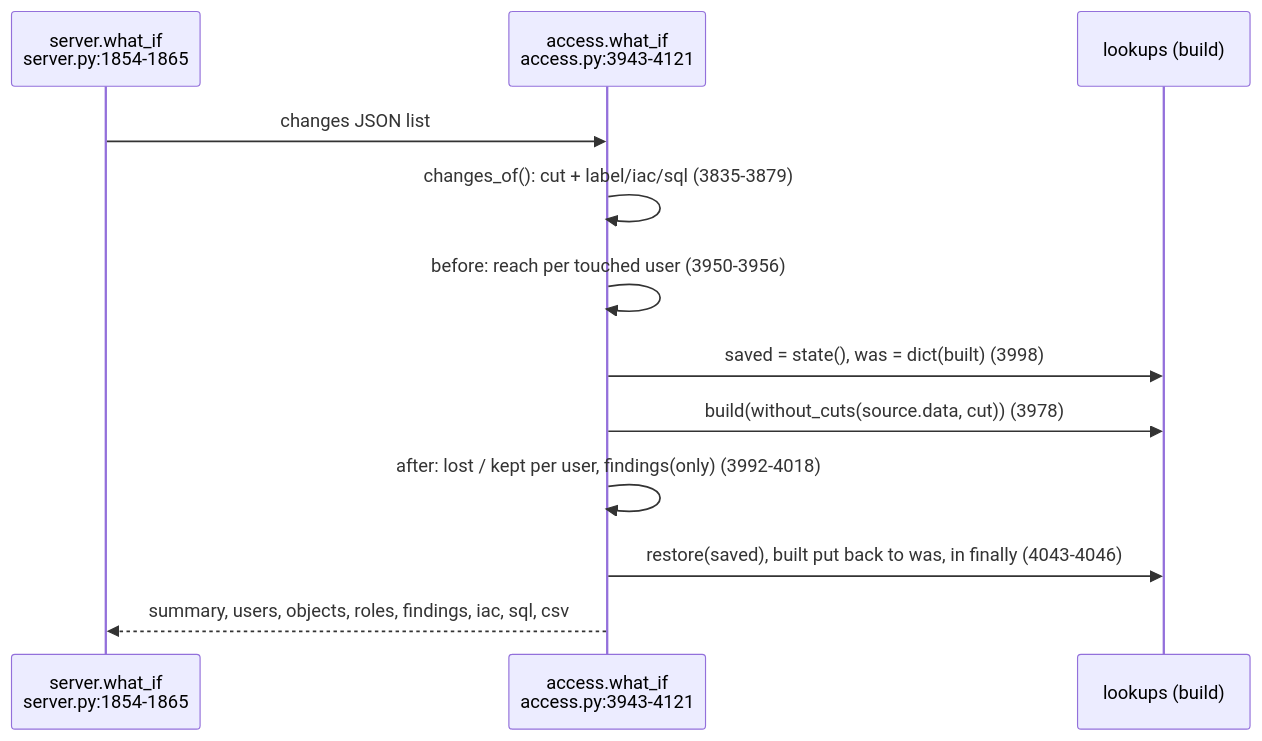
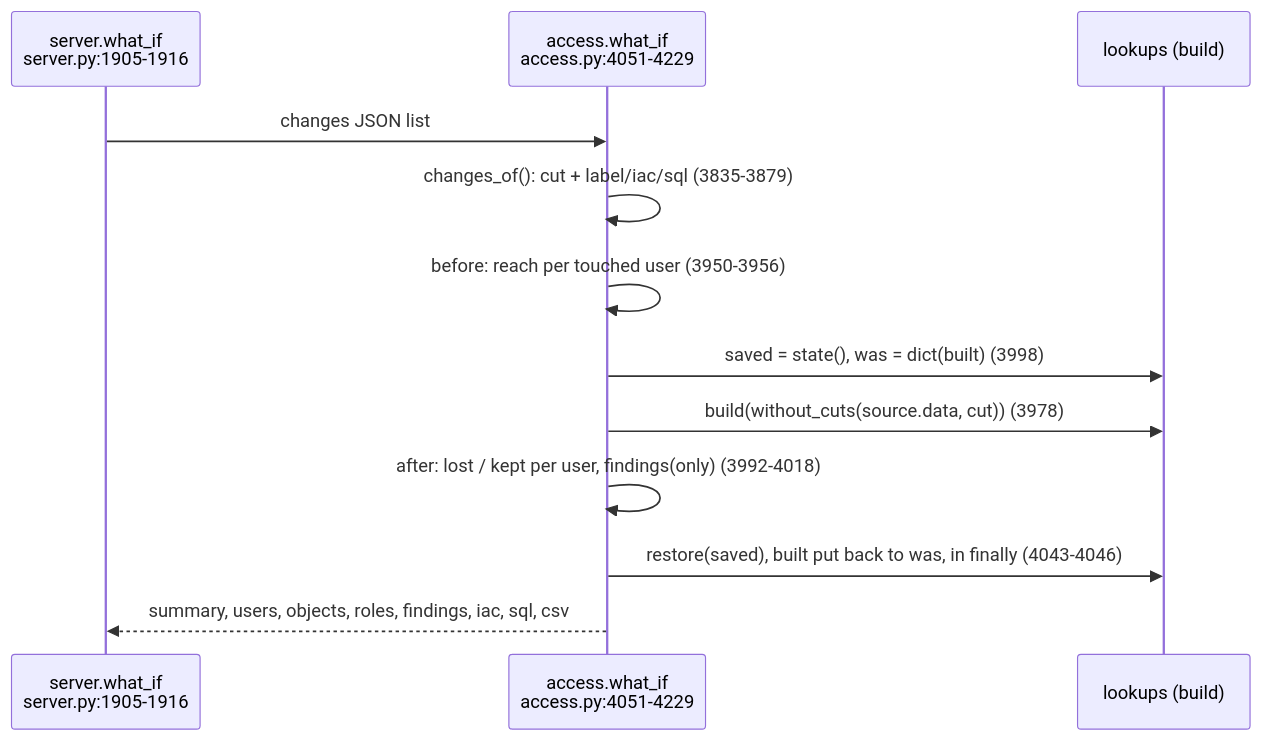
Before and after one commit to darshanmeel/snowflake-access-explorer: the diagram in snowflake-access-explorer-knowledge-graph/logic/what-if.md, drawn with Mermaid. The commit also changed other lines of this file and 106 other files, not shown here.

First line of the commit message:
Docs and knowledge graph for Activity; setup verify expects 11 tables

````diff
--- a/snowflake-access-explorer-knowledge-graph/logic/what-if.md
+++ b/snowflake-access-explorer-knowledge-graph/logic/what-if.md
@@ -5,14 +6,14 @@
 ```mermaid
 sequenceDiagram
-  participant S as server.what_if<br/>server.py:1854-1865
-  participant W as access.what_if<br/>access.py:3943-4121
+  participant S as server.what_if<br/>server.py:1905-1916
+  participant W as access.what_if<br/>access.py:4051-4229
   participant L as lookups (build)
   S->>W: changes JSON list
   W->>W: changes_of(): cut + label/iac/sql (3835-3879)
   W->>W: before: reach per touched user (3950-3956)
   W->>L: saved = state(), was = dict(built) (3998)
   W->>L: build(without_cuts(source.data, cut)) (3978)
   W->>W: after: lost / kept per user, findings(only) (3992-4018)
   W->>L: restore(saved), built put back to was, in finally (4043-4046)
   W-->>S: summary, users, objects, roles, findings, iac, sql, csv
 ```
````
